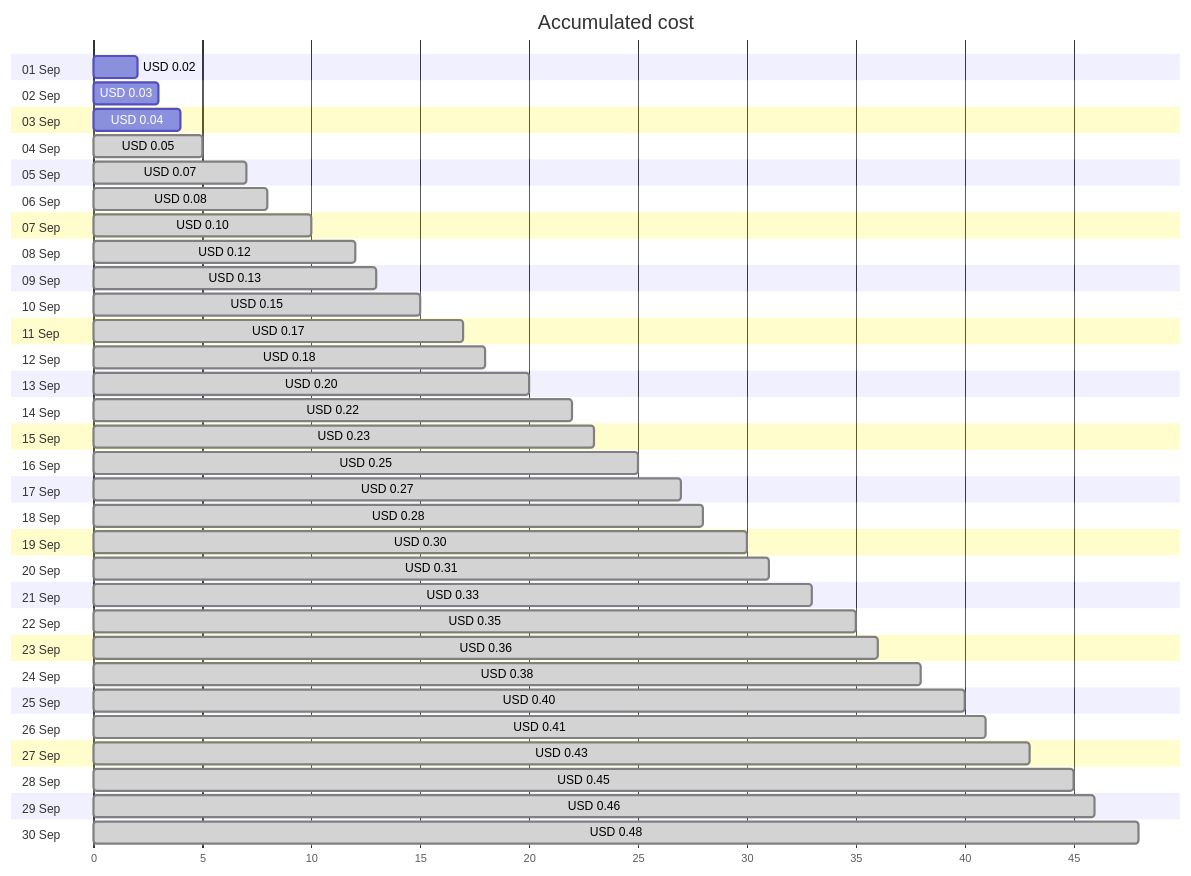
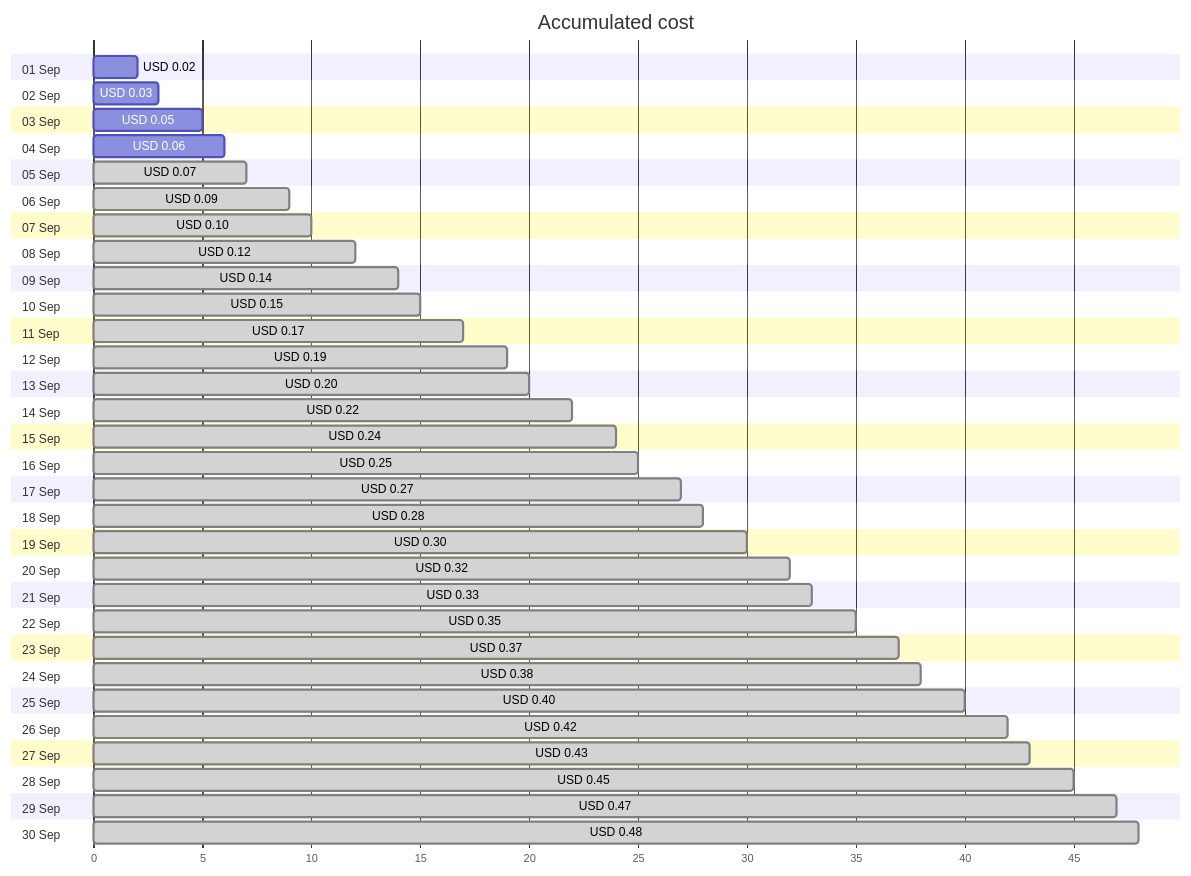
One commit to jpfulton/azure-personal-reports changed the first of 4 diagrams in cost-reports/personal-dns/jpatrickfulton.com.md. Above: the diagram before and after it, drawn with Mermaid. The commit also changed other lines of this file and 2 other files, not shown here.

````diff
--- a/cost-reports/personal-dns/jpatrickfulton.com.md
+++ b/cost-reports/personal-dns/jpatrickfulton.com.md
@@ -20,66 +20,66 @@
 ```mermaid
 gantt
    title Accumulated cost
    dateFormat  X
    axisFormat %s
    section 01 Sep
    USD 0.02 :0, 2
    section 02 Sep
    USD 0.03 :0, 3
    section 03 Sep
-   USD 0.04 :0, 4
+   USD 0.05 :0, 5
    section 04 Sep
-   USD 0.05 : done, 0, 5
+   USD 0.06 :0, 6
    section 05 Sep
    USD 0.07 : done, 0, 7
    section 06 Sep
-   USD 0.08 : done, 0, 8
+   USD 0.09 : done, 0, 9
    section 07 Sep
    USD 0.10 : done, 0, 10
    section 08 Sep
    USD 0.12 : done, 0, 12
    section 09 Sep
-   USD 0.13 : done, 0, 13
+   USD 0.14 : done, 0, 14
    section 10 Sep
    USD 0.15 : done, 0, 15
    section 11 Sep
    USD 0.17 : done, 0, 17
    section 12 Sep
-   USD 0.18 : done, 0, 18
+   USD 0.19 : done, 0, 19
    section 13 Sep
    USD 0.20 : done, 0, 20
    section 14 Sep
    USD 0.22 : done, 0, 22
    section 15 Sep
-   USD 0.23 : done, 0, 23
+   USD 0.24 : done, 0, 24
    section 16 Sep
    USD 0.25 : done, 0, 25
    section 17 Sep
    USD 0.27 : done, 0, 27
    section 18 Sep
    USD 0.28 : done, 0, 28
    section 19 Sep
    USD 0.30 : done, 0, 30
    section 20 Sep
-   USD 0.31 : done, 0, 31
+   USD 0.32 : done, 0, 32
    section 21 Sep
    USD 0.33 : done, 0, 33
    section 22 Sep
    USD 0.35 : done, 0, 35
    section 23 Sep
-   USD 0.36 : done, 0, 36
+   USD 0.37 : done, 0, 37
    section 24 Sep
    USD 0.38 : done, 0, 38
    section 25 Sep
    USD 0.40 : done, 0, 40
    section 26 Sep
-   USD 0.41 : done, 0, 41
+   USD 0.42 : done, 0, 42
    section 27 Sep
    USD 0.43 : done, 0, 43
    section 28 Sep
    USD 0.45 : done, 0, 45
    section 29 Sep
-   USD 0.46 : done, 0, 46
+   USD 0.47 : done, 0, 47
    section 30 Sep
    USD 0.48 : done, 0, 48
 ```
````
